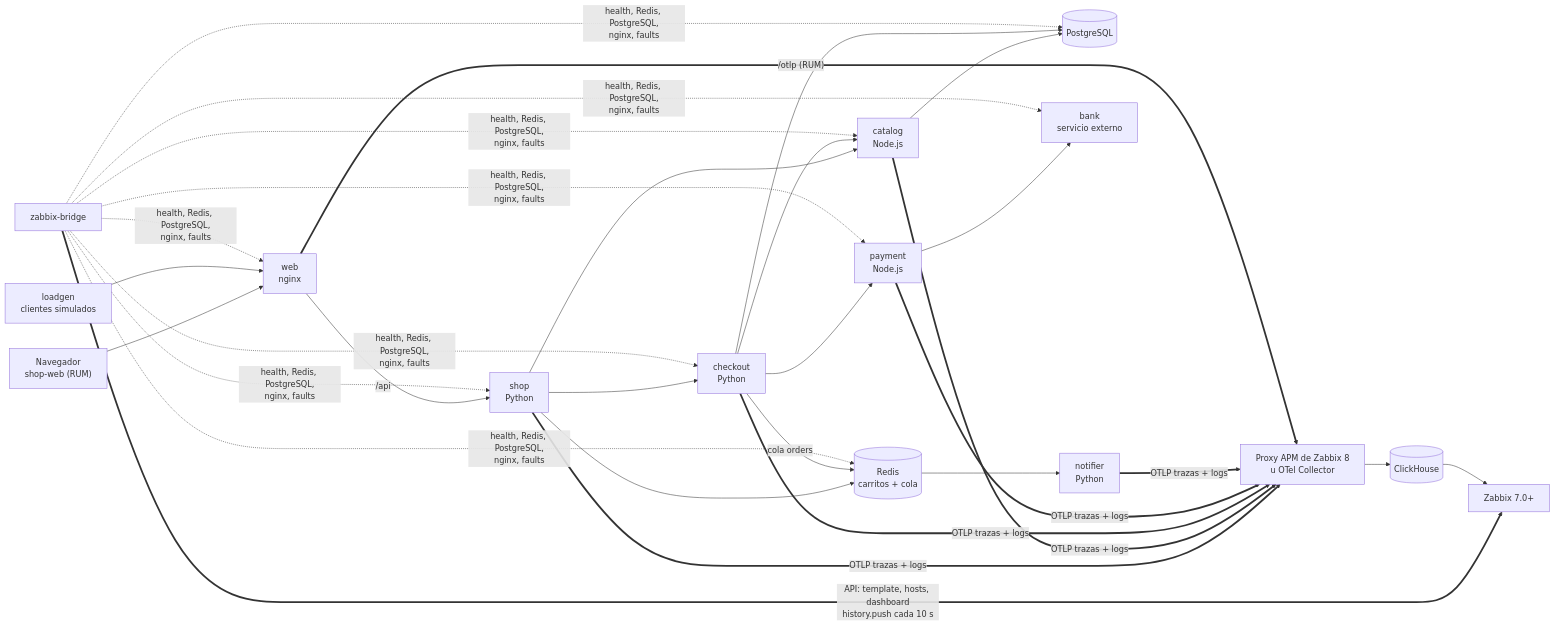
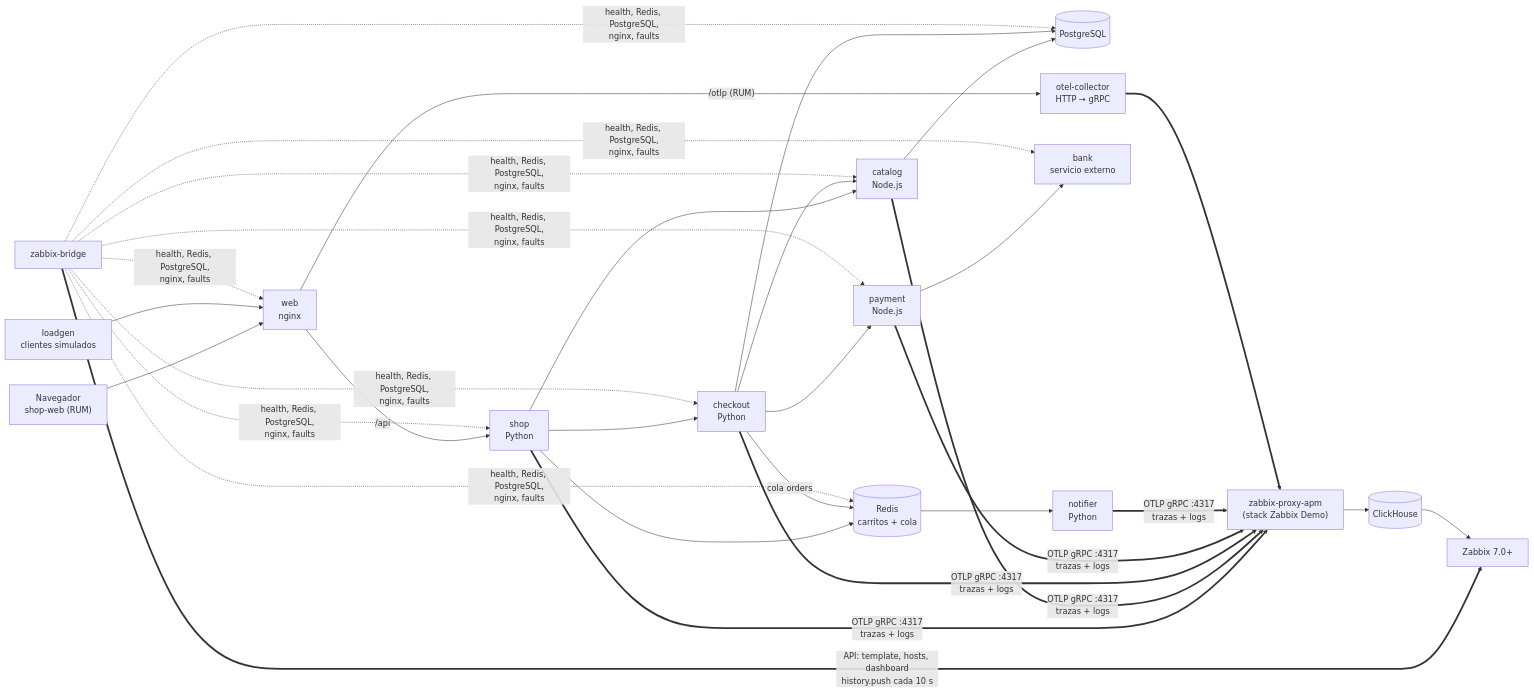
Before and after one commit to SimonLexRS/Zabbix-Demo-Fault-shop: the diagram in README.md, drawn with Mermaid. The commit also changed other lines of this file and 6 other files, not shown here.

First line of the commit message:
APM apuntando al zabbix-proxy-apm del stack Zabbix Demo

````diff
--- a/README.md
+++ b/README.md
@@ -9,23 +9,23 @@
 ```mermaid
 flowchart LR
     B["Navegador<br>shop-web (RUM)"] --> W["web<br>nginx"]
     L["loadgen<br>clientes simulados"] --> W
     W -->|/api| S["shop<br>Python"]
     S --> C["catalog<br>Node.js"]
     S --> K["checkout<br>Python"]
     S --> R[("Redis<br>carritos + cola")]
     C --> P[("PostgreSQL")]
     K --> C
     K --> Y["payment<br>Node.js"]
     K --> P
     K -->|"cola orders"| R
     R --> N["notifier<br>Python"]
     Y --> X["bank<br>servicio externo"]
 
     ZB["zabbix-bridge"] -. "health, Redis, PostgreSQL,<br>nginx, faults" .-> W & S & C & K & Y & X & R & P
     ZB ==>|"API: template, hosts, dashboard<br>history.push cada 10 s"| Z["Zabbix 7.0+"]
-    S & C & K & Y & N ==>|"OTLP trazas + logs"| A["Proxy APM de Zabbix 8<br>u OTel Collector"]
-    W ==>|"/otlp (RUM)"| A
+    S & C & K & Y & N ==>|"OTLP gRPC :4317<br>trazas + logs"| A["zabbix-proxy-apm<br>(stack Zabbix Demo)"]
+    W -->|"/otlp (RUM)"| OC["otel-collector<br>HTTP → gRPC"] ==> A
     A --> H[("ClickHouse")]
     H --> Z
 ```
````
